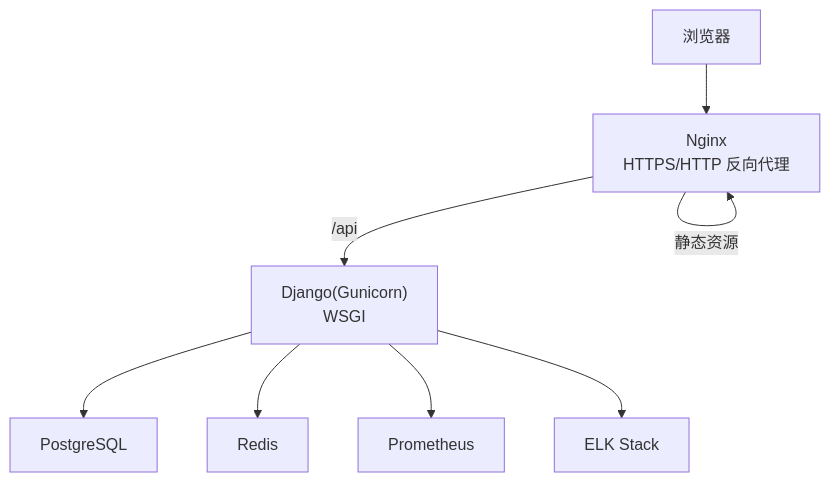
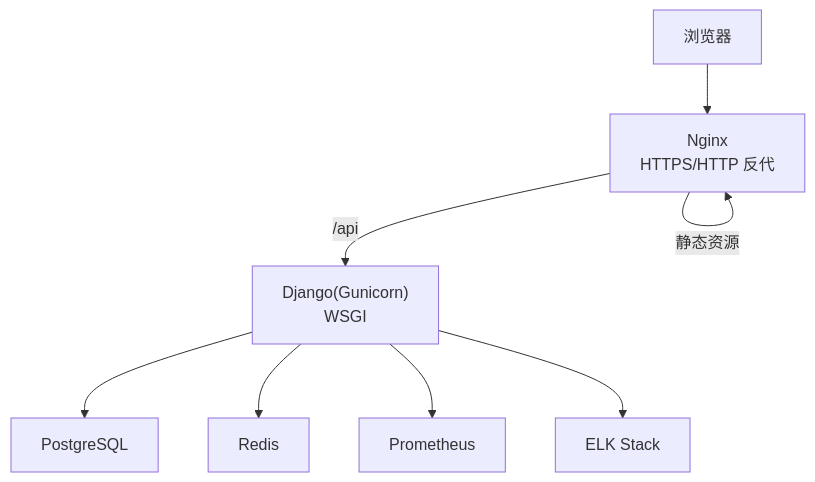
The second of 3 diagrams in .qoder/repowiki/zh/content/部署配置/部署配置.md (zyp-coder/Metadata), drawn with Mermaid before and after one commit. The commit also changed other lines of this file and 42 other files, not shown here.

````diff
--- a/.qoder/repowiki/zh/content/部署配置/部署配置.md
+++ b/.qoder/repowiki/zh/content/部署配置/部署配置.md
@@ -94,17 +99,17 @@
 ```mermaid
 graph TB
 Client["浏览器"]
-Nginx["Nginx<br/>HTTPS/HTTP 反向代理"]
+Nginx["Nginx<br/>HTTPS/HTTP 反代"]
 BE["Django(Gunicorn)<br/>WSGI"]
 DB["PostgreSQL"]
 Cache["Redis"]
 PM["Prometheus"]
 ELK["ELK Stack"]
 Client --> Nginx
 Nginx --> |/api| BE
 Nginx --> |静态资源| Nginx
 BE --> DB
 BE --> Cache
 BE --> PM
 BE --> ELK
 ```
````
